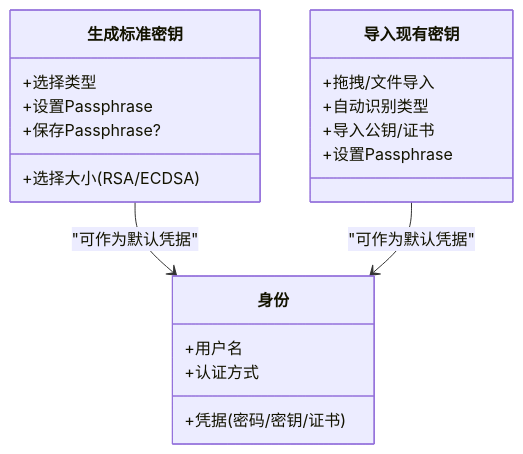
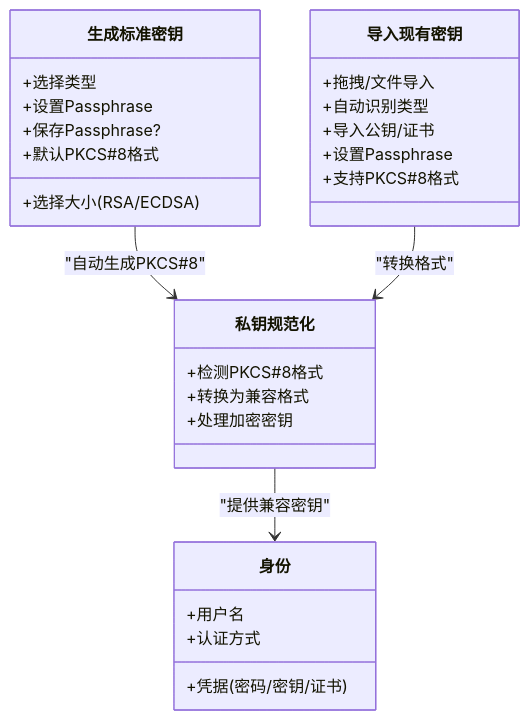
One commit to szeiyou/Netcatty changed the seventh of 11 diagrams in .qoder/repowiki/zh/content/用户指南/SSH客户端管理/认证方式.md. Above: the diagram before and after it, drawn with Mermaid. The commit also changed other lines of this file and 8 other files, not shown here.

````diff
--- a/.qoder/repowiki/zh/content/用户指南/SSH客户端管理/认证方式.md
+++ b/.qoder/repowiki/zh/content/用户指南/SSH客户端管理/认证方式.md
@@ -307,22 +343,30 @@
 ```mermaid
 classDiagram
 class 生成标准密钥 {
 +选择类型
 +选择大小(RSA/ECDSA)
 +设置Passphrase
 +保存Passphrase?
++默认PKCS#8格式
 }
 class 导入现有密钥 {
 +拖拽/文件导入
 +自动识别类型
 +导入公钥/证书
 +设置Passphrase
++支持PKCS#8格式
 }
 class 身份 {
 +用户名
 +凭据(密码/密钥/证书)
 +认证方式
 }
-生成标准密钥 --> 身份 : "可作为默认凭据"
-导入现有密钥 --> 身份 : "可作为默认凭据"
+class 私钥规范化 {
++检测PKCS#8格式
++转换为兼容格式
++处理加密密钥
+}
+生成标准密钥 --> 私钥规范化 : "自动生成PKCS#8"
+导入现有密钥 --> 私钥规范化 : "转换格式"
+私钥规范化 --> 身份 : "提供兼容密钥"
 ```
````
